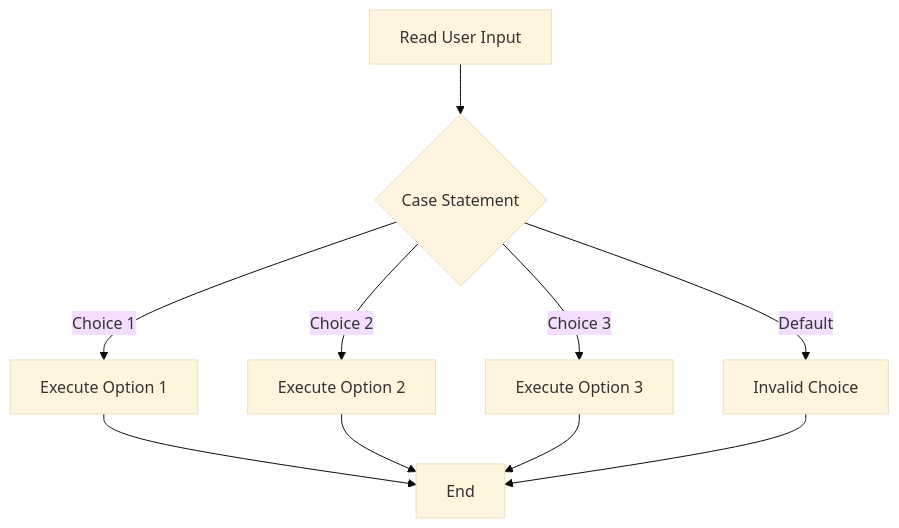
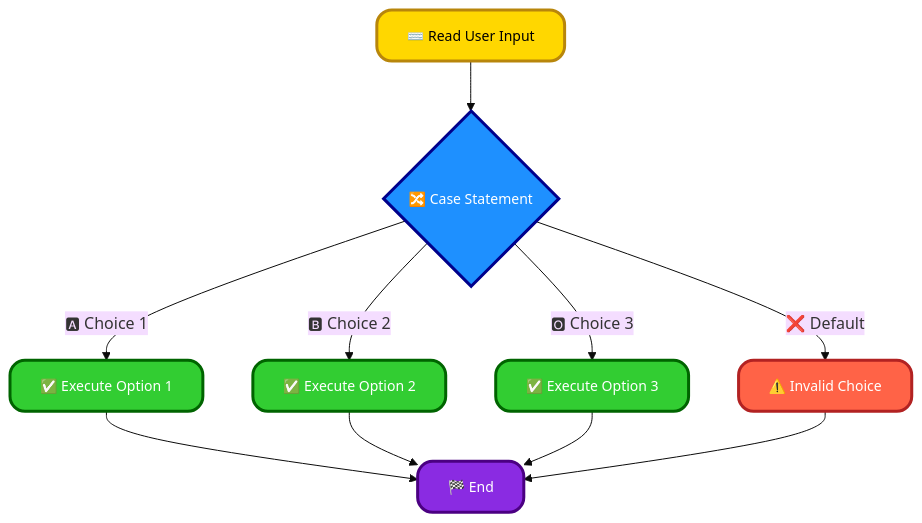
One commit to infoyouth/infoyouth.github.io changed the first of 3 diagrams in _posts/2025-03-16-05.-control-structures-in-shell-scripting.md. Above: the diagram before and after it, drawn with Mermaid (base theme). The commit also changed other lines of this file, not shown here.

````diff
--- a/_posts/2025-03-16-05.-control-structures-in-shell-scripting.md
+++ b/_posts/2025-03-16-05.-control-structures-in-shell-scripting.md
@@ -169,12 +169,27 @@
 ```mermaid
 graph TD
-    A[Read User Input] --> B{Case Statement};
-    B -- Choice 1 --> C[Execute Option 1];
-    B -- Choice 2 --> D[Execute Option 2];
-    B -- Choice 3 --> E[Execute Option 3];
-    B -- Default --> F[Invalid Choice];
-    C --> G[End];
+    A["⌨️ Read User Input"] --> B{"🔀 Case Statement"};
+    B -- 🅰 Choice 1 --> C["✅ Execute Option 1"];
+    B -- 🅱 Choice 2 --> D["✅ Execute Option 2"];
+    B -- 🅾 Choice 3 --> E["✅ Execute Option 3"];
+    B -- ❌ Default --> F["⚠️ Invalid Choice"];
+    C --> G["🏁 End"];
     D --> G;
     E --> G;
     F --> G;
+
+    %% Custom Styles
+    classDef inputStyle fill:#FFD700,stroke:#B8860B,color:#000000,font-size:14px,stroke-width:3px,rx:15px,shadow:5px;
+    classDef caseStyle fill:#1E90FF,stroke:#00008B,color:#FFFFFF,font-size:14px,stroke-width:3px,rx:15px,shadow:5px;
+    classDef optionStyle fill:#32CD32,stroke:#006400,color:#FFFFFF,font-size:14px,stroke-width:3px,rx:15px,shadow:5px;
+    classDef invalidStyle fill:#FF6347,stroke:#B22222,color:#FFFFFF,font-size:14px,stroke-width:3px,rx:15px,shadow:5px;
+    classDef endStyle fill:#8A2BE2,stroke:#4B0082,color:#FFFFFF,font-size:14px,stroke-width:3px,rx:15px,shadow:5px;
+
+    %% Apply Classes
+    class A inputStyle;
+    class B caseStyle;
+    class C,D,E optionStyle;
+    class F invalidStyle;
+    class G endStyle;
+
 ```
````
